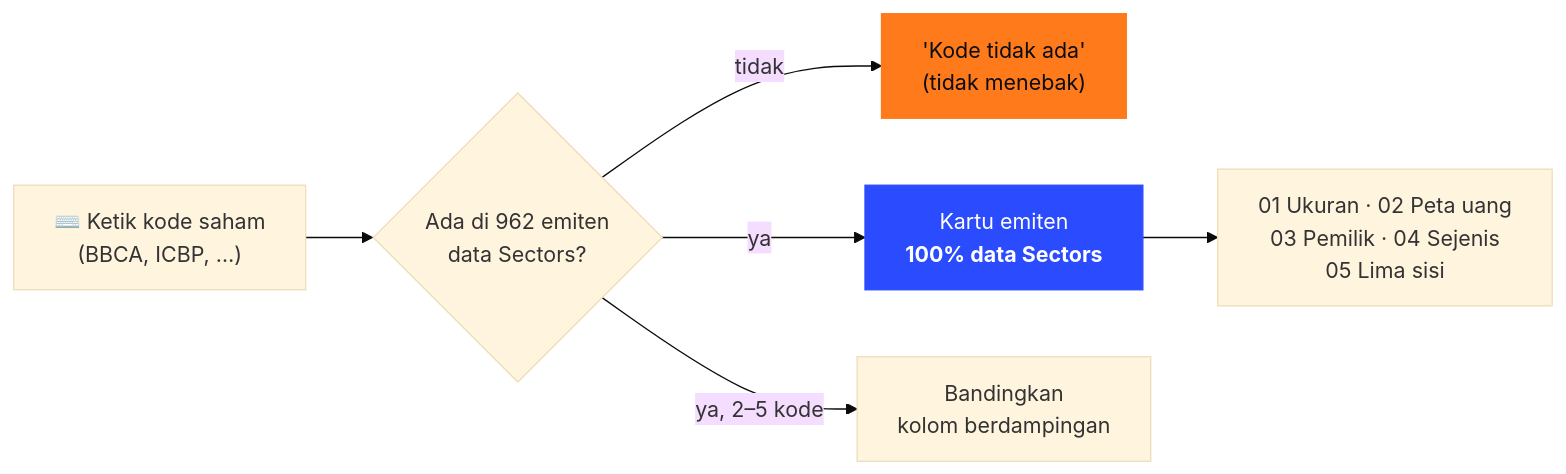
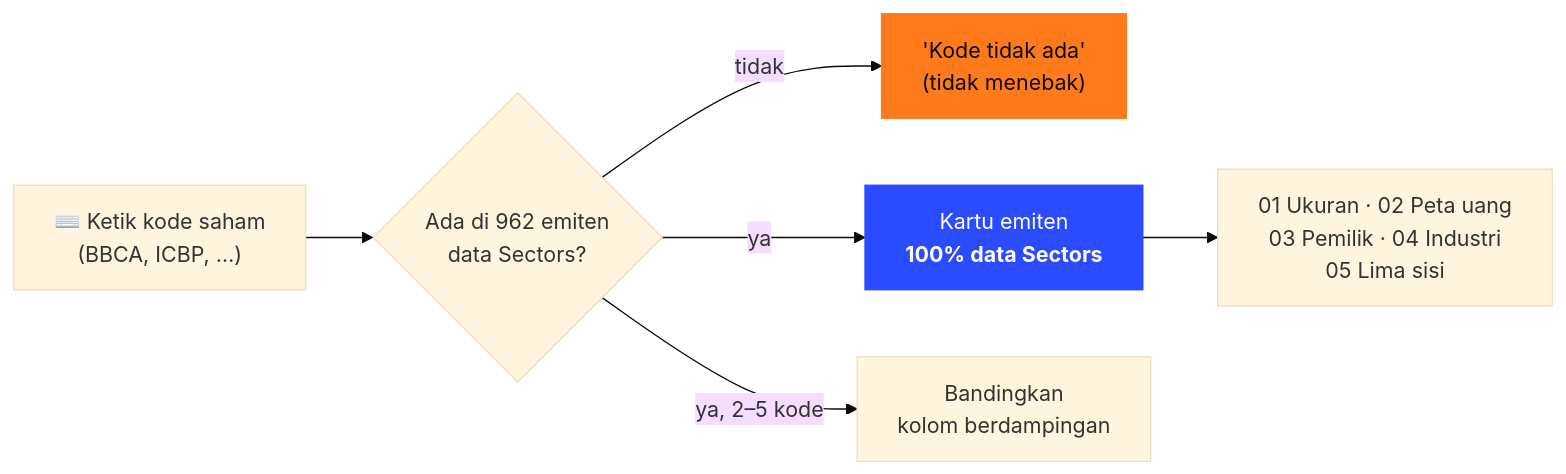
The diagram in README.md (chukbert/sectors-hackathon-2026), drawn with Mermaid (base theme) before and after one commit. The commit also changed other lines of this file and 16 other files, not shown here.

First line of the commit message:
Satu tampilan untuk 1–5 emiten + lima sisi melengkung

````diff
--- a/README.md
+++ b/README.md
@@ -96,10 +96,10 @@
 ```mermaid
 flowchart LR
     A["⌨️ Ketik kode saham<br>(BBCA, ICBP, …)"] --> D{"Ada di 962 emiten<br>data Sectors?"}
     D -- tidak --> E["'Kode tidak ada'<br>(tidak menebak)"]
     D -- ya --> F["Kartu emiten<br><b>100% data Sectors</b>"]
-    F --> G["01 Ukuran · 02 Peta uang<br>03 Pemilik · 04 Sejenis<br>05 Lima sisi"]
+    F --> G["01 Ukuran · 02 Peta uang<br>03 Pemilik · 04 Industri<br>05 Lima sisi"]
     D -- "ya, 2–5 kode" --> H["Bandingkan<br>kolom berdampingan"]
     style F fill:#2b4bff,color:#fff,stroke:#2b4bff
     style E fill:#ff7a1a,color:#0b0d12,stroke:#ff7a1a
 ```
````
